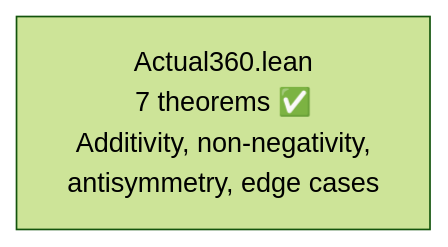
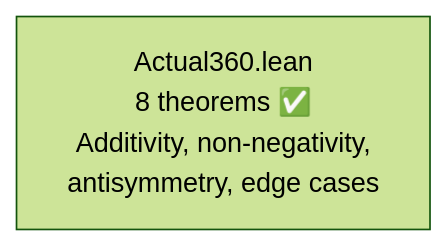
Before and after one commit to dsyme/QuantLib: the second of 6 diagrams in formal-verification/REPORT.md, drawn with Mermaid (forest theme). The commit also changed other lines of this file and 1 other file, not shown here.

````diff
--- a/formal-verification/REPORT.md
+++ b/formal-verification/REPORT.md
@@ -38,4 +44,4 @@
 ```mermaid
 graph LR
-    F1["Actual360.lean<br/>7 theorems ✅<br/>Additivity, non-negativity,<br/>antisymmetry, edge cases"]
+    F1["Actual360.lean<br/>8 theorems ✅<br/>Additivity, non-negativity,<br/>antisymmetry, edge cases"]
 ```
````
